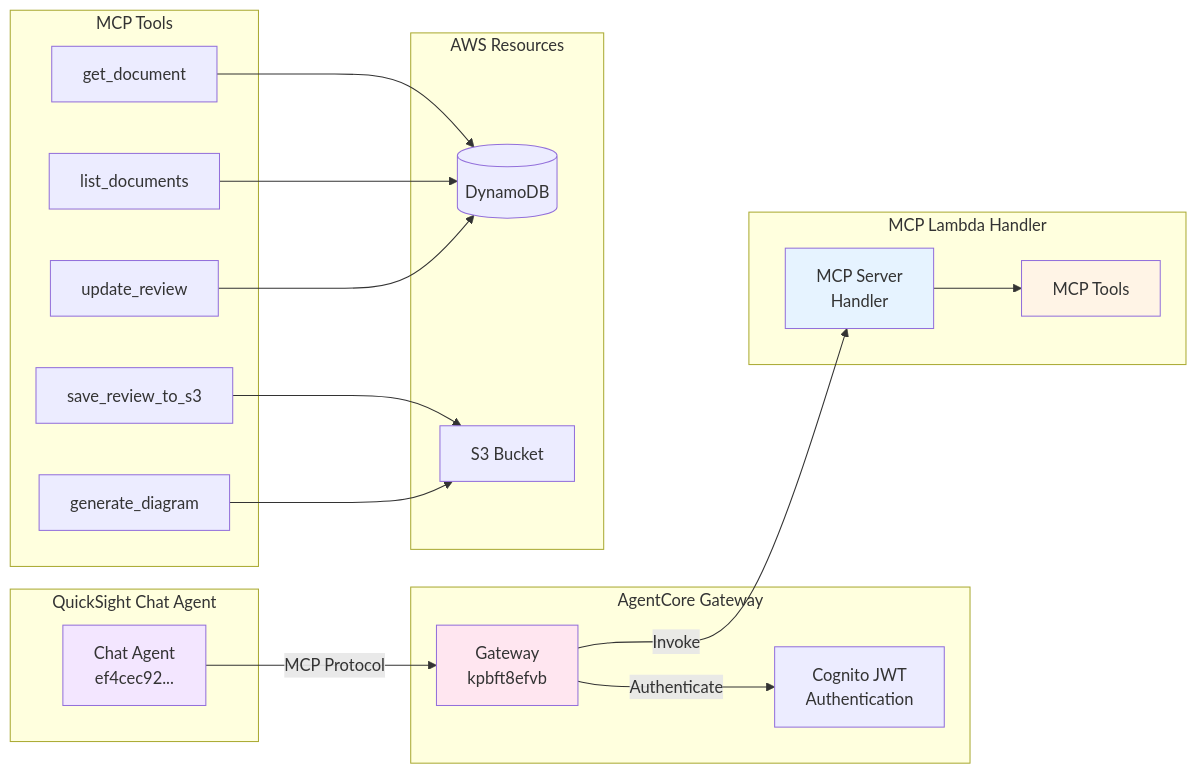
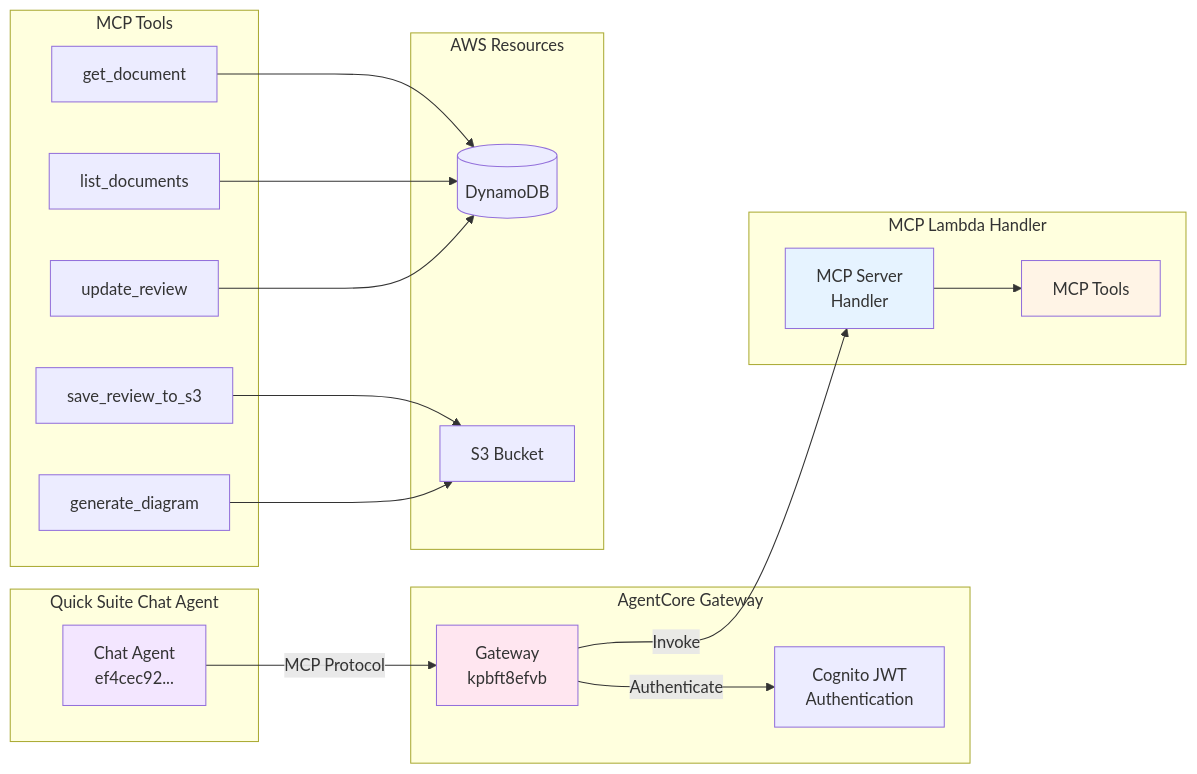
Before and after one commit to ironpe/architecture-review-using-quicksuite-chatagent-embeding: the fifth of 9 diagrams in docs/ARCHITECTURE.md, drawn with Mermaid. The commit also changed other lines of this file, not shown here.

Commit message:
docs: rename QuickSight to Quick Suite in ARCHITECTURE.md

````diff
--- a/docs/ARCHITECTURE.md
+++ b/docs/ARCHITECTURE.md
@@ -194,44 +194,44 @@
 ```mermaid
 graph LR
-    subgraph "QuickSight Chat Agent"
+    subgraph "Quick Suite Chat Agent"
         Agent[Chat Agent<br/>ef4cec92...]
     end
 
     subgraph "AgentCore Gateway"
         Gateway[Gateway<br/>kpbft8efvb]
         Auth[Cognito JWT<br/>Authentication]
     end
 
     subgraph "MCP Lambda Handler"
         MCPServer[MCP Server<br/>Handler]
         Tools[MCP Tools]
     end
 
     subgraph "MCP Tools"
         Tool1[get_document]
         Tool2[list_documents]
         Tool3[update_review]
         Tool4[save_review_to_s3]
         Tool5[generate_diagram]
     end
 
     subgraph "AWS Resources"
         DDB[(DynamoDB)]
         S3B[S3 Bucket]
     end
 
     Agent -->|MCP Protocol| Gateway
     Gateway -->|Authenticate| Auth
     Gateway -->|Invoke| MCPServer
     MCPServer --> Tools
     Tool1 --> DDB
     Tool2 --> DDB
     Tool3 --> DDB
     Tool4 --> S3B
     Tool5 --> S3B
 
     style Agent fill:#f3e6ff
     style Gateway fill:#ffe6f0
     style MCPServer fill:#e6f3ff
     style Tools fill:#fff4e6
 ```
````
